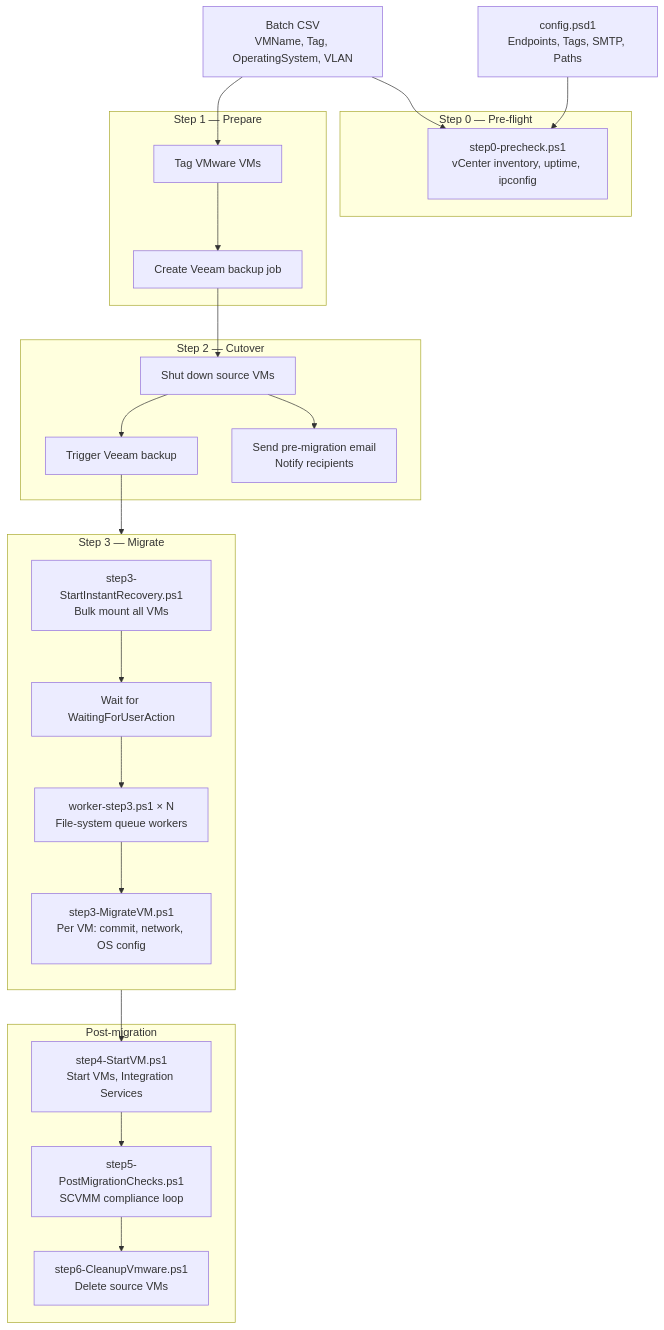
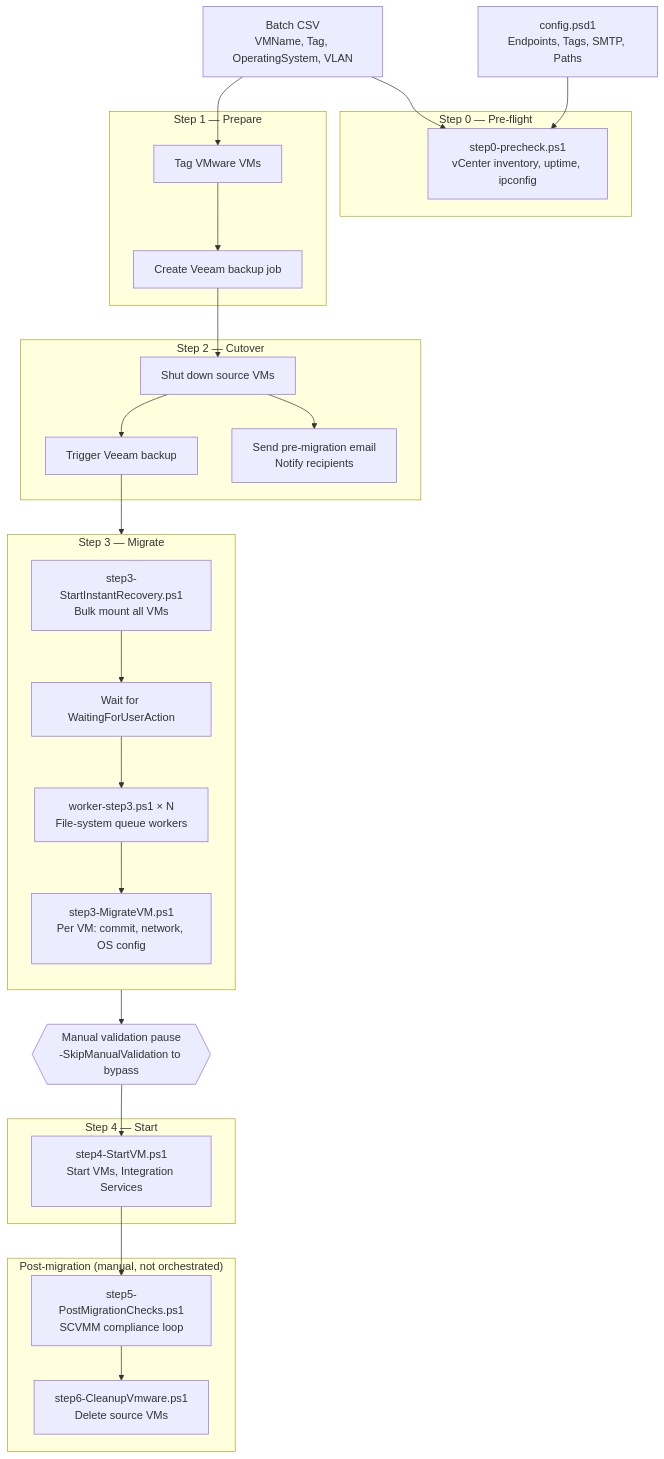
One commit to happyvm/vmware2hyperv changed the first of 2 diagrams in README.md. Above: the diagram before and after it, drawn with Mermaid. The commit also changed other lines of this file and 4 other files, not shown here.

First line of the commit message:
feat(run-migration): orchestre step4 (StartVM) après la pause

````diff
--- a/README.md
+++ b/README.md
@@ -27,49 +30,55 @@
 ```mermaid
 flowchart TD
     CSV[Batch CSV\nVMName, Tag, OperatingSystem, VLAN]
     CFG[config.psd1\nEndpoints, Tags, SMTP, Paths]
 
     subgraph STEP0["Step 0 — Pre-flight"]
         PRECHECK[step0-precheck.ps1\nvCenter inventory, uptime, ipconfig]
     end
 
     subgraph STEP1["Step 1 — Prepare"]
         TAG[Tag VMware VMs]
         VEEAMJOB[Create Veeam backup job]
     end
 
     subgraph STEP2["Step 2 — Cutover"]
         SHUTDOWN[Shut down source VMs]
         BACKUP[Trigger Veeam backup]
         MAIL[Send pre-migration email\nNotify recipients]
     end
 
     subgraph STEP3["Step 3 — Migrate"]
         direction TB
         BULKIR[step3-StartInstantRecovery.ps1\nBulk mount all VMs]
         WAIT[Wait for WaitingForUserAction]
         WORKER[worker-step3.ps1 × N\nFile-system queue workers]
         MIGRATE[step3-MigrateVM.ps1\nPer VM: commit, network, OS config]
     end
 
-    subgraph POST["Post-migration"]
+    PAUSE{{Manual validation pause\n-SkipManualValidation to bypass}}
+
+    subgraph STEP4["Step 4 — Start"]
         STARTVM[step4-StartVM.ps1\nStart VMs, Integration Services]
+    end
+
+    subgraph POST["Post-migration (manual, not orchestrated)"]
         CHECKS[step5-PostMigrationChecks.ps1\nSCVMM compliance loop]
         CLEANUP[step6-CleanupVmware.ps1\nDelete source VMs]
     end
 
     CSV --> PRECHECK
     CFG --> PRECHECK
     CSV --> TAG
     TAG --> VEEAMJOB
     VEEAMJOB --> SHUTDOWN
     SHUTDOWN --> BACKUP
     SHUTDOWN --> MAIL
     BACKUP --> BULKIR
     BULKIR --> WAIT
     WAIT --> WORKER
     WORKER --> MIGRATE
-    MIGRATE --> STARTVM
+    MIGRATE --> PAUSE
+    PAUSE --> STARTVM
     STARTVM --> CHECKS
     CHECKS --> CLEANUP
 ```
````
